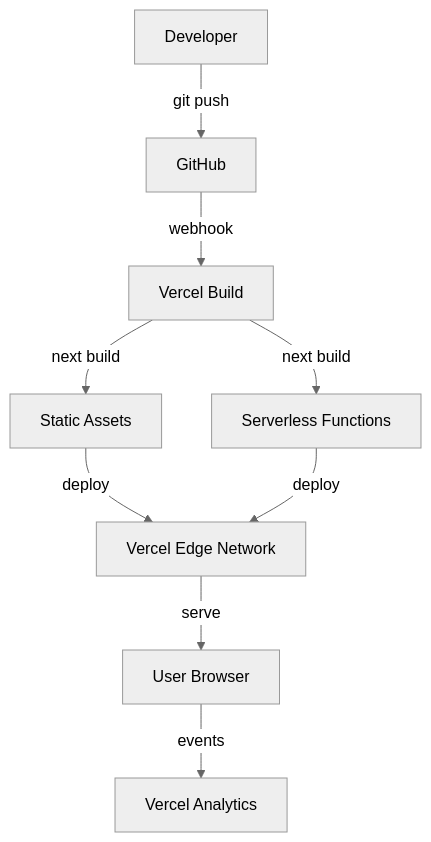
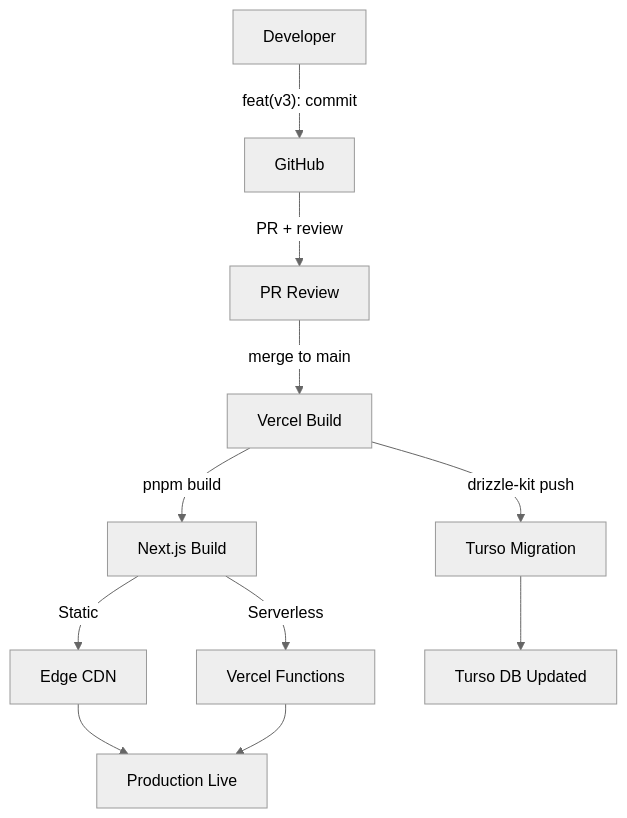
One commit to agrianwahab29/agrinode-promptflow changed the ninth of 9 diagrams in product-docs/PROJECT_ARCHITECTURE.md. Above: the diagram before and after it, drawn with Mermaid (neutral theme). The commit also changed other lines of this file and 14 other files, not shown here.

````diff
--- a/product-docs/PROJECT_ARCHITECTURE.md
+++ b/product-docs/PROJECT_ARCHITECTURE.md
@@ -539,11 +734,13 @@
 ```mermaid
 graph TD
-    A[Developer] -->|git push| B[GitHub]
-    B -->|webhook| C[Vercel Build]
-    C -->|next build| D[Static Assets]
-    C -->|next build| E[Serverless Functions]
-    D -->|deploy| F[Vercel Edge Network]
-    E -->|deploy| F
-    F -->|serve| G[User Browser]
-    G -->|events| H[Vercel Analytics]
+    A[Developer] -->|"feat(v3): commit"| B[GitHub]
+    B -->|"PR + review"| C[PR Review]
+    C -->|"merge to main"| D[Vercel Build]
+    D -->|"drizzle-kit push"| E[Turso Migration]
+    D -->|"pnpm build"| F[Next.js Build]
+    F -->|"Static"| G[Edge CDN]
+    F -->|"Serverless"| H[Vercel Functions]
+    E --> I[Turso DB Updated]
+    G --> J[Production Live]
+    H --> J
 ```
````
